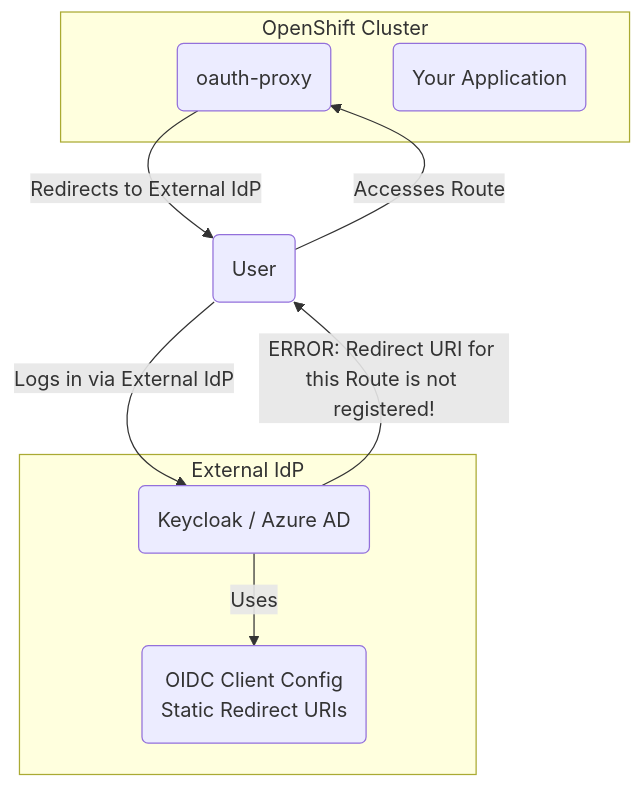
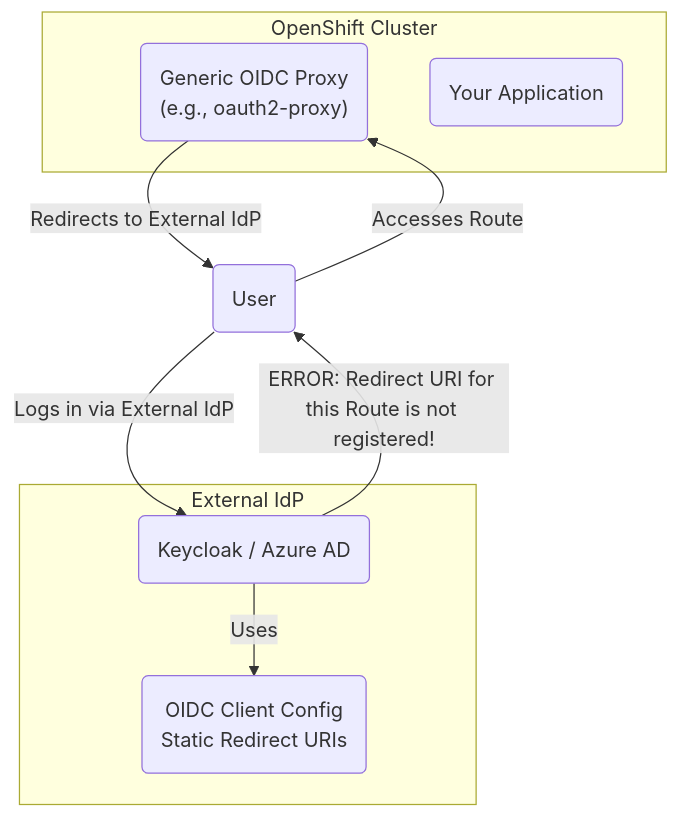
The fourth of 4 diagrams in docs/OIDC_OAUTH.md (jctanner/rhoai-hacking), drawn with Mermaid before and after one commit. The commit also changed other lines of this file, not shown here.

Commit message:
openshift oauth

````diff
--- a/docs/OIDC_OAUTH.md
+++ b/docs/OIDC_OAUTH.md
@@ -203,18 +203,18 @@
 ```mermaid
 graph TD
     subgraph "OpenShift Cluster"
-        Proxy(oauth-proxy)
+        Proxy("Generic OIDC Proxy<br>(e.g., oauth2-proxy)")
         App(Your Application)
     end
 
     subgraph "External IdP"
         Ext_IDP(Keycloak / Azure AD)
         Client_Config("OIDC Client Config <br> Static Redirect URIs")
         Ext_IDP -- "Uses" --> Client_Config
     end
 
     U(User) -- "Accesses Route" --> Proxy
     Proxy -- "Redirects to External IdP" --> U
     U -- "Logs in via External IdP" --> Ext_IDP
     Ext_IDP -- "ERROR: Redirect URI for this Route is not registered!" --> U
 ```
````
